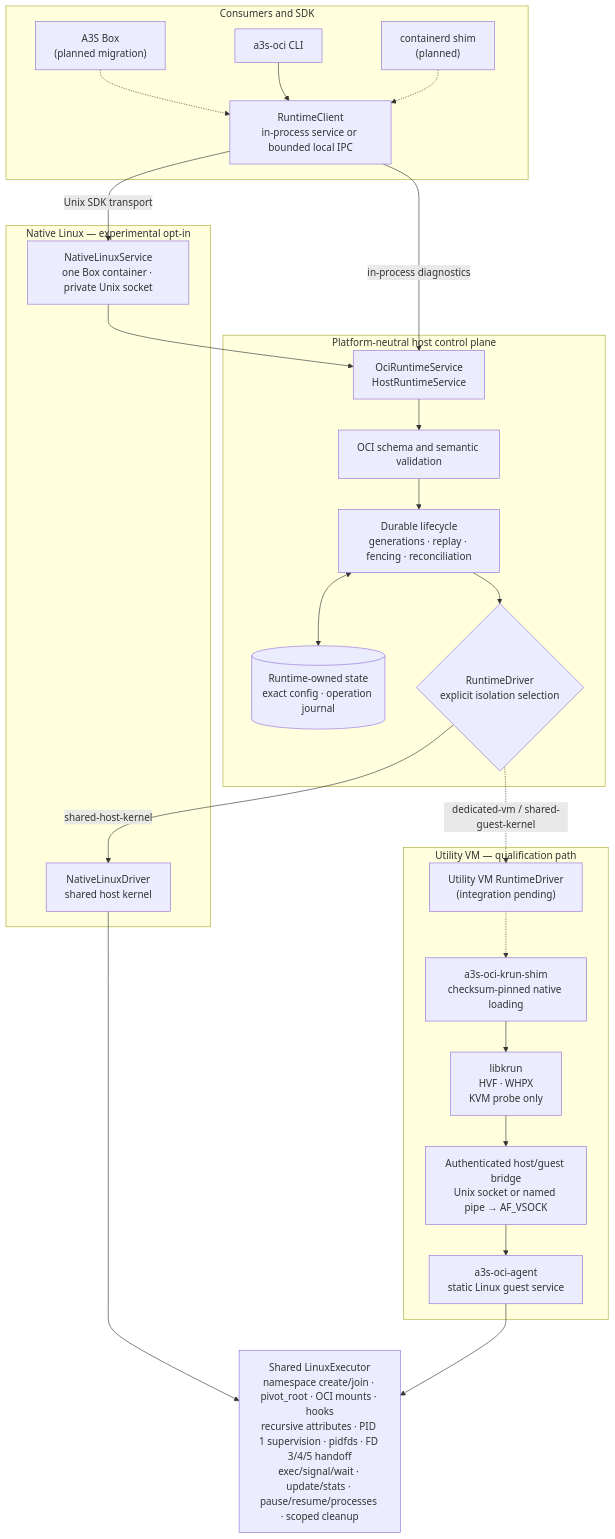
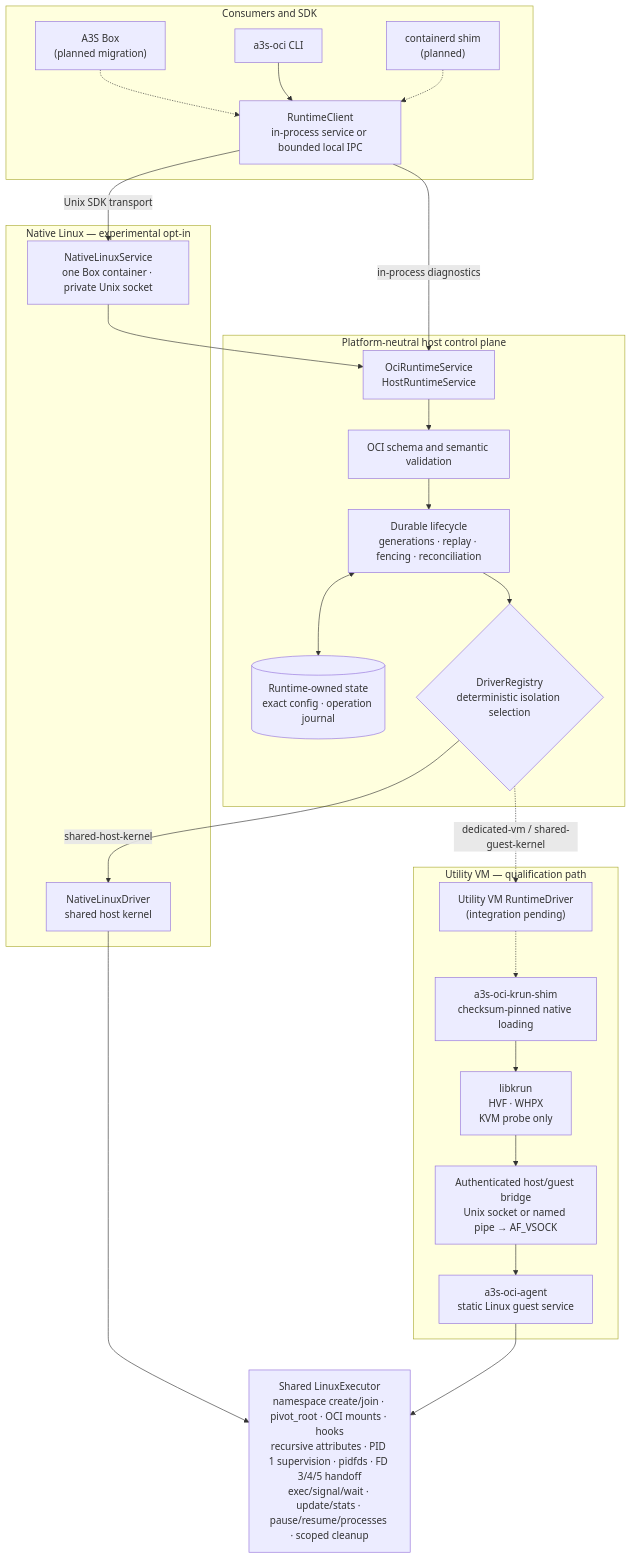
One commit to A3S-Lab/OCI-Runtime changed the diagram in README.md. Above: the diagram before and after it, drawn with Mermaid. The commit also changed other lines of this file and 6 other files, not shown here.

````diff
--- a/README.md
+++ b/README.md
@@ -895,49 +900,49 @@
 ```mermaid
 flowchart TB
     subgraph consumers["Consumers and SDK"]
         box["A3S Box<br/>(planned migration)"]
         cli["a3s-oci CLI"]
         containerd["containerd shim<br/>(planned)"]
         client["RuntimeClient<br/>in-process service or bounded local IPC"]
         box -.-> client
         cli --> client
         containerd -.-> client
     end
 
     subgraph control["Platform-neutral host control plane"]
         service["OciRuntimeService<br/>HostRuntimeService"]
         validation["OCI schema and semantic validation"]
         lifecycle["Durable lifecycle<br/>generations · replay · fencing · reconciliation"]
         state[("Runtime-owned state<br/>exact config · operation journal")]
-        selection{"RuntimeDriver<br/>explicit isolation selection"}
+        selection{"DriverRegistry<br/>deterministic isolation selection"}
 
         service --> validation --> lifecycle --> selection
         lifecycle <--> state
     end
 
     subgraph native["Native Linux — experimental opt-in"]
         native_owner["NativeLinuxService<br/>one Box container · private Unix socket"]
         native_driver["NativeLinuxDriver<br/>shared host kernel"]
     end
 
     subgraph utility["Utility VM — qualification path"]
         utility_driver["Utility VM RuntimeDriver<br/>(integration pending)"]
         shim["a3s-oci-krun-shim<br/>checksum-pinned native loading"]
         hypervisor["libkrun<br/>HVF · WHPX<br/>KVM probe only"]
         bridge["Authenticated host/guest bridge<br/>Unix socket or named pipe → AF_VSOCK"]
         agent["a3s-oci-agent<br/>static Linux guest service"]
 
         utility_driver -.-> shim
         shim --> hypervisor --> bridge --> agent
     end
 
     executor["Shared LinuxExecutor<br/>namespace create/join · pivot_root · OCI mounts · hooks<br/>recursive attributes · PID 1 supervision · pidfds · FD 3/4/5 handoff<br/>exec/signal/wait · update/stats · pause/resume/processes · scoped cleanup"]
 
     client -->|"in-process diagnostics"| service
     client -->|"Unix SDK transport"| native_owner
     native_owner --> service
     selection -->|"shared-host-kernel"| native_driver
     selection -.->|"dedicated-vm / shared-guest-kernel"| utility_driver
     native_driver --> executor
     agent --> executor
 ```
````
